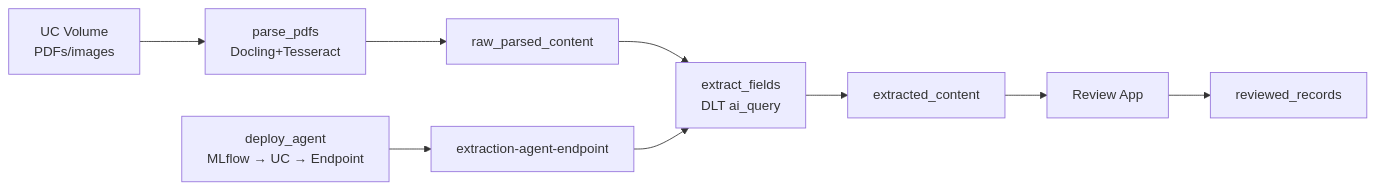
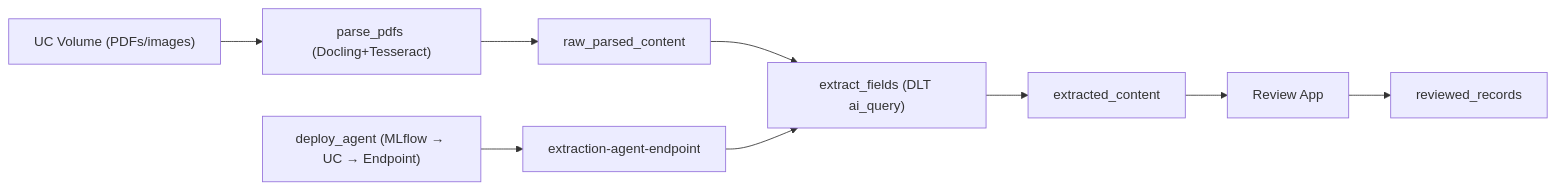
Before and after one commit to CEDipEngineering/InformationExtractionReviewApp: the diagram in README.md, drawn with Mermaid.

Commit message:
readme mermaid cleanup

````diff
--- a/README.md
+++ b/README.md
@@ -7,11 +7,11 @@
 ```mermaid
 flowchart LR
-    A[UC Volume\nPDFs/images] --> B[parse_pdfs\nDocling+Tesseract]
+    A["UC Volume (PDFs/images)"] --> B["parse_pdfs (Docling+Tesseract)"]
     B --> C[raw_parsed_content]
-    D[deploy_agent\nMLflow → UC → Endpoint] --> E[extraction-agent-endpoint]
-    C --> F[extract_fields\nDLT ai_query]
+    D["deploy_agent (MLflow → UC → Endpoint)"] --> E[extraction-agent-endpoint]
+    C --> F["extract_fields (DLT ai_query)"]
     E --> F
     F --> G[extracted_content]
     G --> H[Review App]
     H --> I[reviewed_records]
 ```
````
